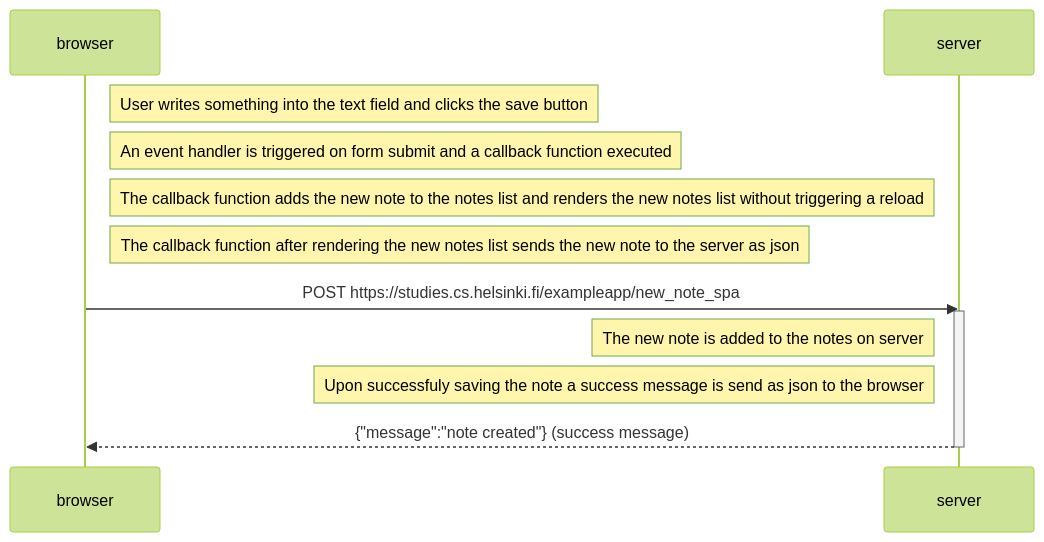
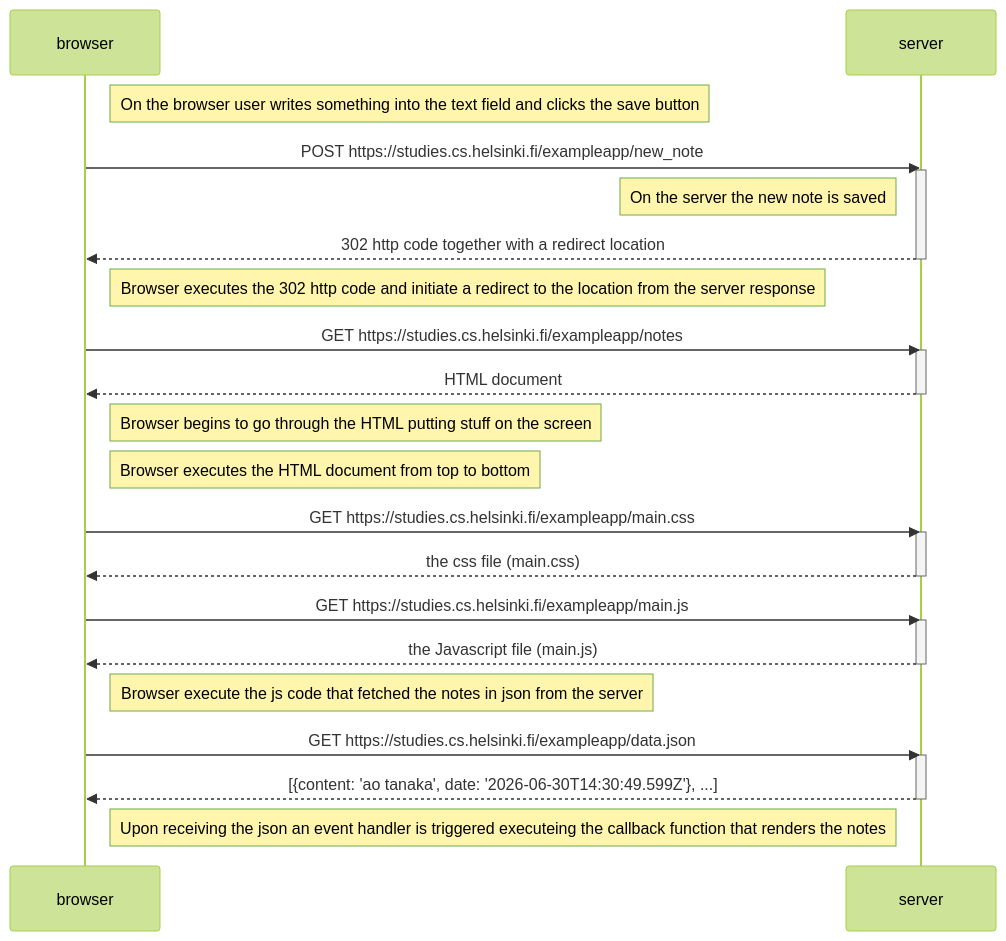
The diagram in README.md (takumutema/todo-app), drawn with Mermaid (forest theme) before and after one commit.

````diff
--- a/README.md
+++ b/README.md
@@ -1,24 +1,57 @@
 ```mermaid
 
 sequenceDiagram
+
     participant browser
     participant server
 
-    Note right of browser: User writes something into the text field and clicks the save button
+    Note right of browser: On the browser user writes something into the text field and clicks the save button
 
-    Note right of browser: An event handler is triggered on form submit and a callback function executed
-
-    Note right of browser: The callback function adds the new note to the notes list and renders the new notes list without triggering a reload 
-
-    Note right of browser: The callback function after rendering the new notes list sends the new note to the server as json
-
-    browser->>server: POST https://studies.cs.helsinki.fi/exampleapp/new_note_spa
+    browser->>server: POST https://studies.cs.helsinki.fi/exampleapp/new_note
 
     activate server
-    Note left of server: The new note is added to the notes on server
-    Note left of server: Upon successfuly saving the note a success message is send as json to the browser
+    Note left of server: On the server the new note is saved 
 
-    server-->>browser: {"message":"note created"} (success message)
+    server-->>browser: 302 http code together with a redirect location
     deactivate server
 
+    Note right of browser: Browser executes the 302 http code and initiate a redirect to the location from the server response
+
+    browser->>server: GET https://studies.cs.helsinki.fi/exampleapp/notes
+
+    activate server
+    server-->>browser: HTML document
+    deactivate server
+
+    Note right of browser: Browser begins to go through the HTML putting stuff on the screen
+
+    Note right of browser: Browser executes the HTML document from top to bottom
+
+    browser->>server: GET https://studies.cs.helsinki.fi/exampleapp/main.css
+
+    activate server
+    server-->>browser: the css file (main.css)
+    deactivate server
+
+    browser->>server: GET https://studies.cs.helsinki.fi/exampleapp/main.js
+
+    activate server
+    server-->>browser: the Javascript file (main.js)
+    deactivate server
+
+    Note right of browser: Browser execute the js code that fetched the notes in json from the server
+
+    browser->>server: GET https://studies.cs.helsinki.fi/exampleapp/data.json
+
+    activate server
+    server-->>browser: [{content: 'ao tanaka', date: '2026-06-30T14:30:49.599Z'}, ...]
+    deactivate server
+
+    Note right of browser: Upon receiving the json an event handler is triggered executeing the callback function that renders the notes
+
+
+
+
+
+
 ```
````
